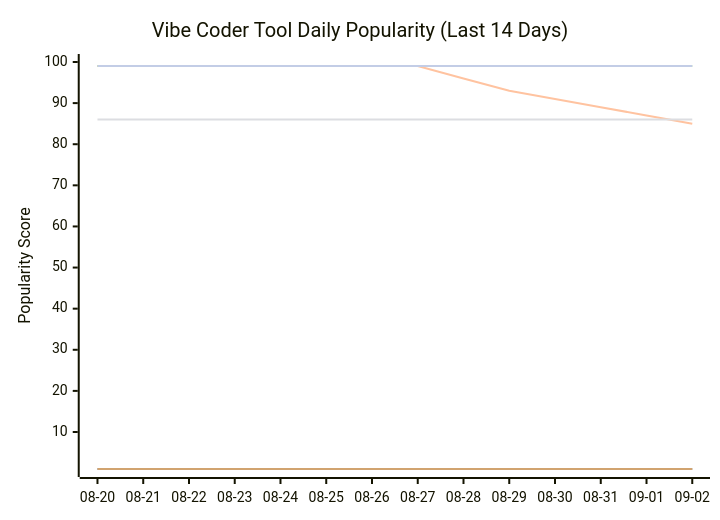
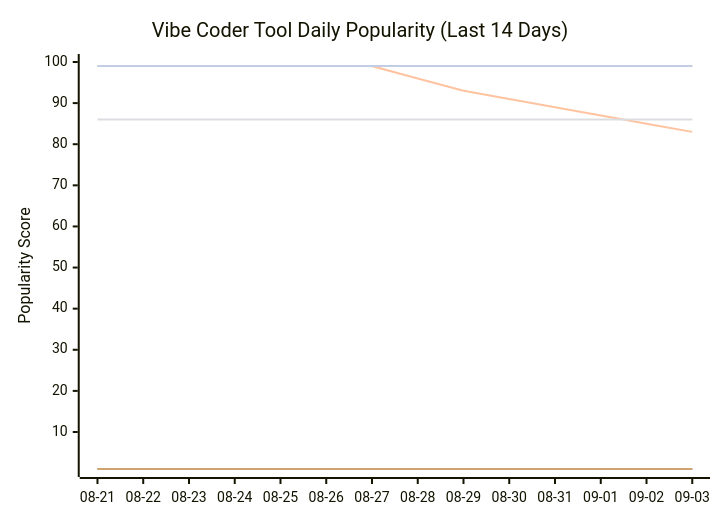
The seventh of 11 diagrams in README.md (tykimos/ai-whatchelin), drawn with Mermaid before and after one commit. The commit also changed other lines of this file and 4 other files, not shown here.

````diff
--- a/README.md
+++ b/README.md
@@ -2394,13 +2394,13 @@
 ```mermaid
 xychart-beta
     title "Vibe Coder Tool Daily Popularity (Last 14 Days)"
-    x-axis ["08-20", "08-21", "08-22", "08-23", "08-24", "08-25", "08-26", "08-27", "08-28", "08-29", "08-30", "08-31", "09-01", "09-02"]
+    x-axis ["08-21", "08-22", "08-23", "08-24", "08-25", "08-26", "08-27", "08-28", "08-29", "08-30", "08-31", "09-01", "09-02", "09-03"]
     y-axis "Popularity Score" 1 --> 100
     line "Claude Code" [99, 99, 99, 99, 99, 99, 99, 99, 99, 99, 99, 99, 99, 99]
     line "GH Copilot" [1, 1, 1, 1, 1, 1, 1, 1, 1, 1, 1, 1, 1, 1]
-    line "Cursor" [99, 99, 99, 99, 99, 99, 99, 99, 96, 93, 91, 89, 87, 85]
+    line "Cursor" [99, 99, 99, 99, 99, 99, 99, 96, 93, 91, 89, 87, 85, 83]
     line "Windsurf" [86, 86, 86, 86, 86, 86, 86, 86, 86, 86, 86, 86, 86, 86]
     line "Codex CLI" [99, 99, 99, 99, 99, 99, 99, 99, 99, 99, 99, 99, 99, 99]
     line "Gemini CLI" [1, 1, 1, 1, 1, 1, 1, 1, 1, 1, 1, 1, 1, 1]
     line "Antigravity" [99, 99, 99, 99, 99, 99, 99, 99, 99, 99, 99, 99, 99, 99]
 ```
````
